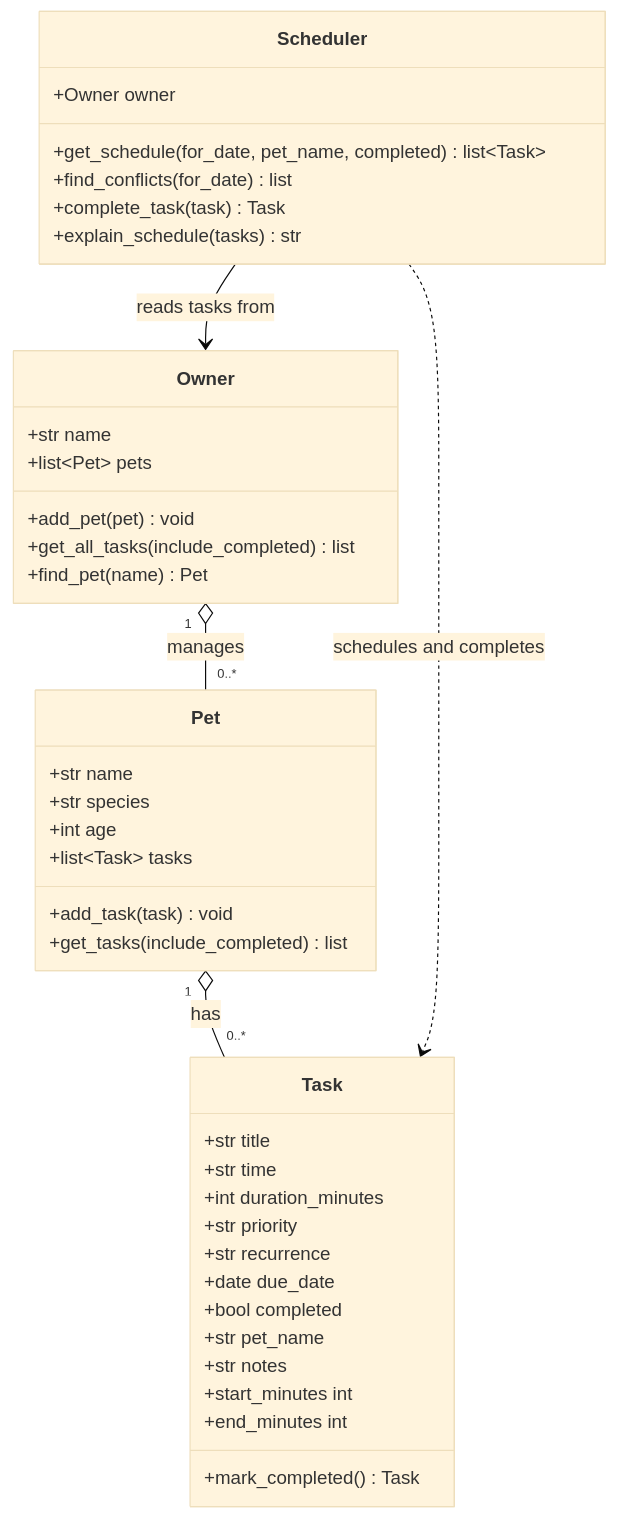
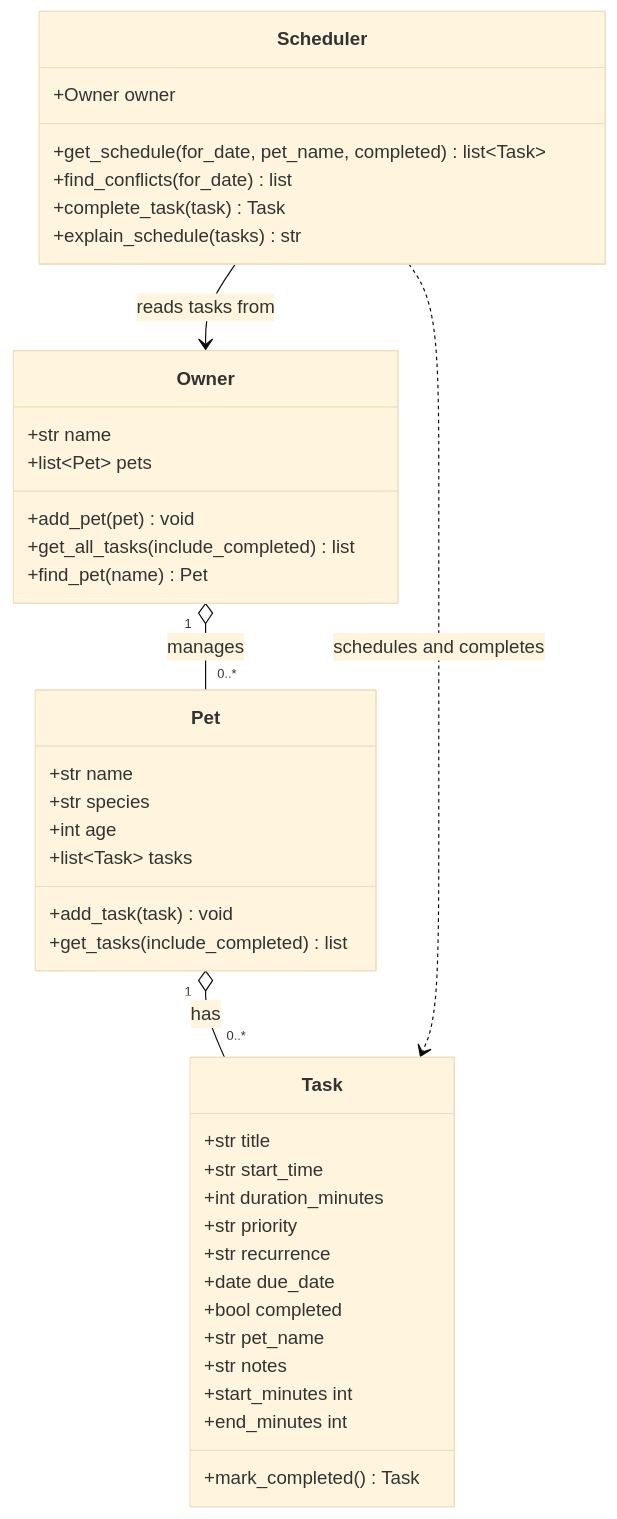
Before and after one commit to peteshaw/ai110-module2show-pawpal-starter: the diagram in diagrams/uml_draft.mmd, drawn with Mermaid (base theme). The commit also changed 4 other files, not shown here.

```diff
--- a/diagrams/uml_draft.mmd
+++ b/diagrams/uml_draft.mmd
@@ -1,41 +1,41 @@
 classDiagram
     class Task {
         +str title
-        +str time
+        +str start_time
         +int duration_minutes
         +str priority
         +str recurrence
         +date due_date
         +bool completed
         +str pet_name
         +str notes
         +start_minutes int
         +end_minutes int
         +mark_completed() Task
     }
     class Pet {
         +str name
         +str species
         +int age
         +list~Task~ tasks
         +add_task(task) void
         +get_tasks(include_completed) list
     }
     class Owner {
         +str name
         +list~Pet~ pets
         +add_pet(pet) void
         +get_all_tasks(include_completed) list
         +find_pet(name) Pet
     }
     class Scheduler {
         +Owner owner
         +get_schedule(for_date, pet_name, completed) list~Task~
         +find_conflicts(for_date) list
         +complete_task(task) Task
         +explain_schedule(tasks) str
     }
     Owner "1" o-- "0..*" Pet : manages
     Pet "1" o-- "0..*" Task : has
     Scheduler --> Owner : reads tasks from
     Scheduler ..> Task : schedules and completes
```
